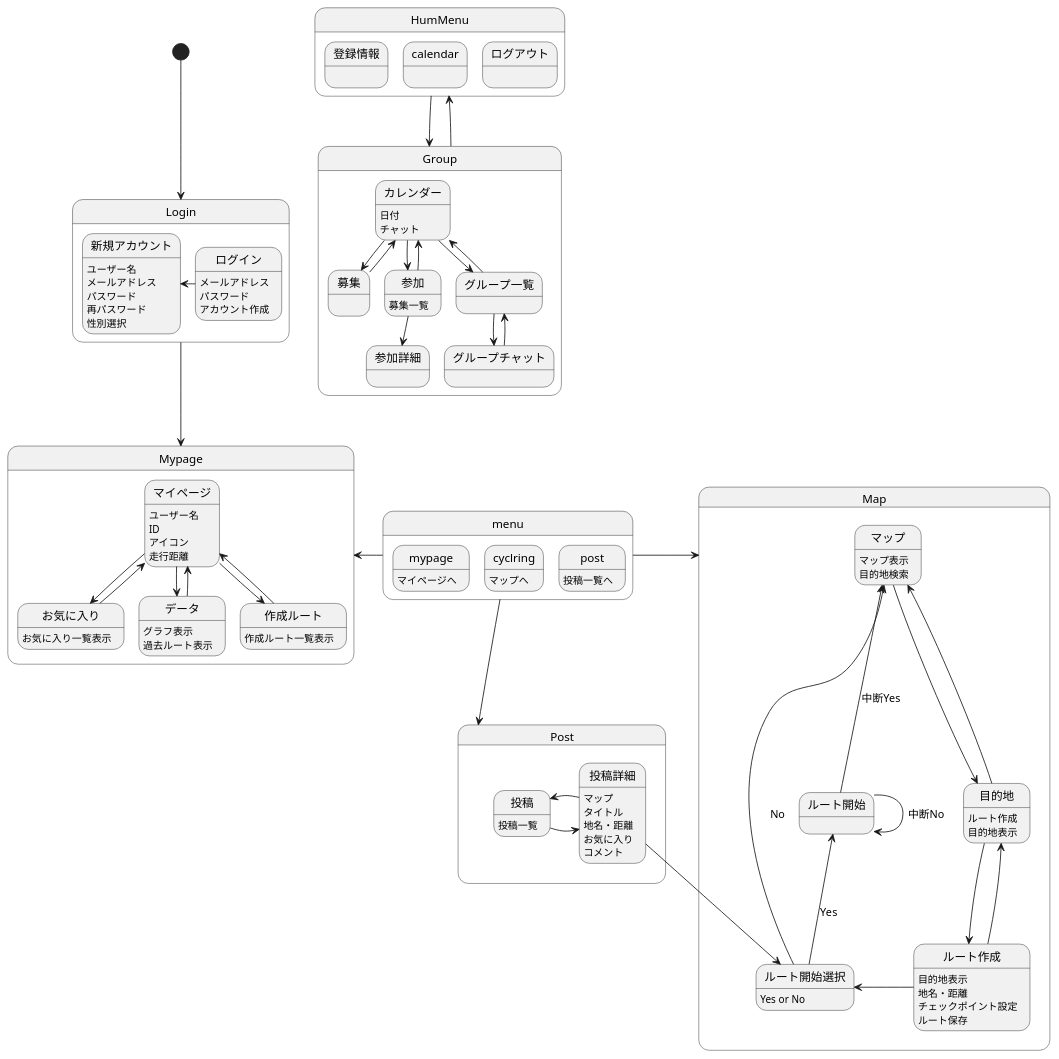
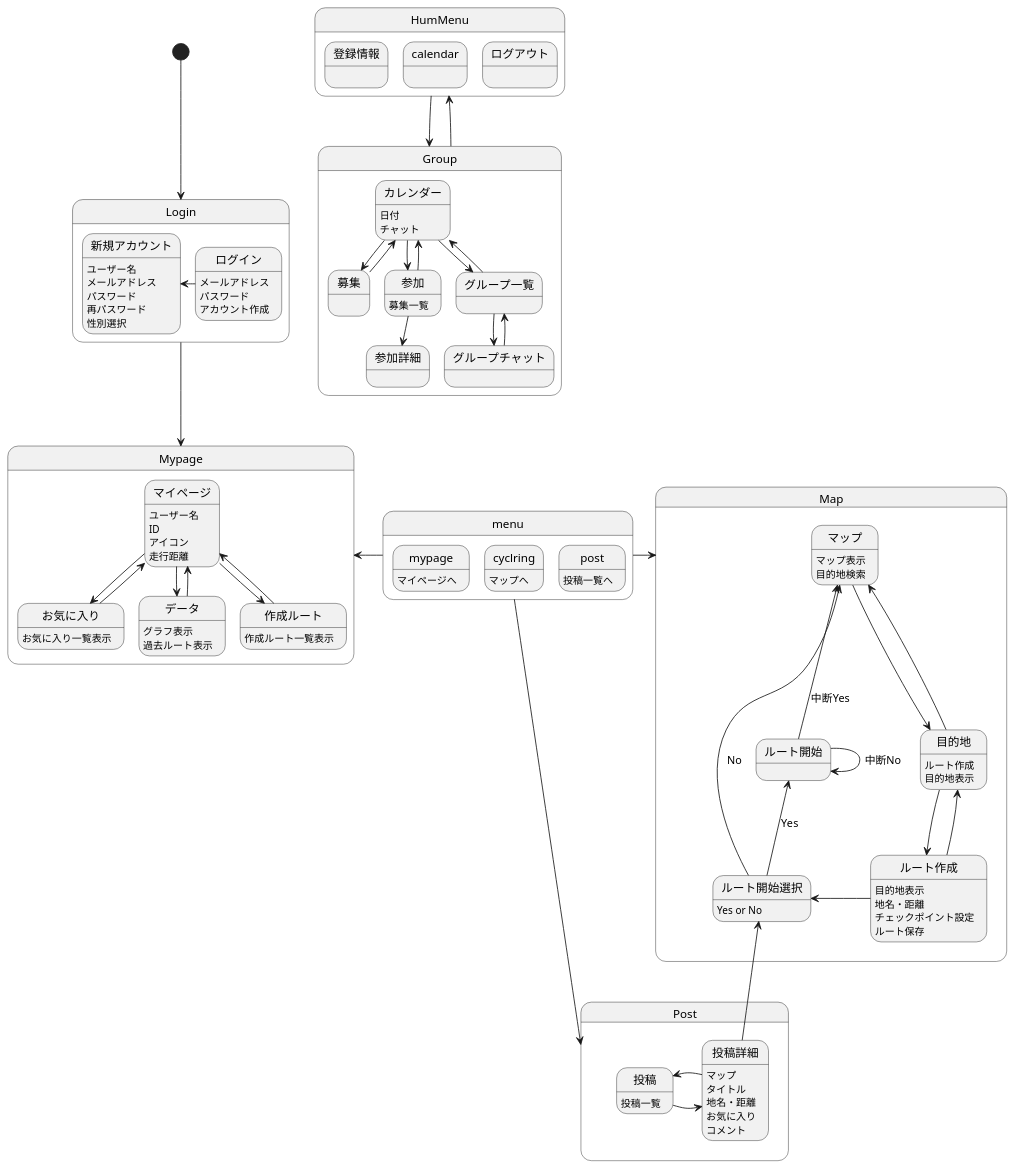
The diagram in 画面遷移図/gm.md (AsoSD3A3/CyclingSystem), drawn with PlantUML before and after one commit.

```diff
--- a/画面遷移図/gm.md
+++ b/画面遷移図/gm.md
@@ -104,7 +104,7 @@
 投稿詳細:地名・距離
 投稿詳細:お気に入り
 投稿詳細:コメント
-投稿詳細-->ルート開始選択
+投稿詳細-up->ルート開始選択
 }
 
 @enduml
```
